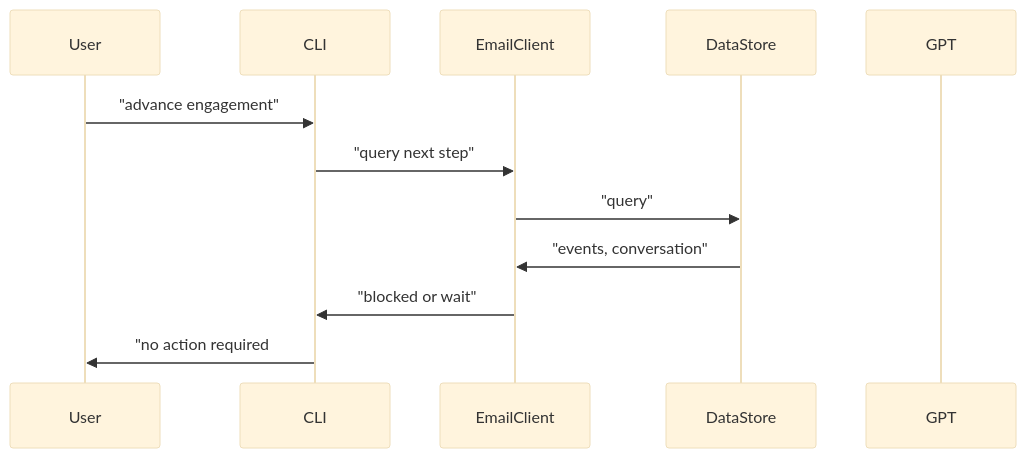
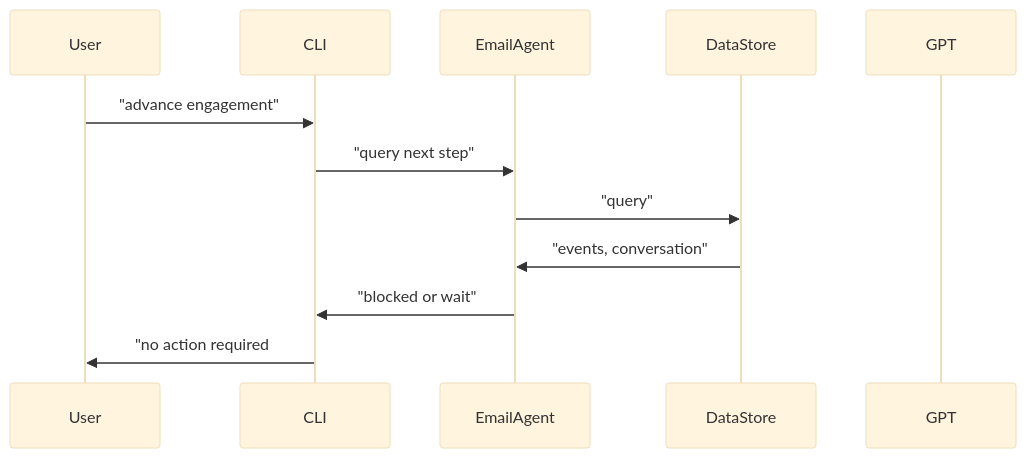
The second of 3 diagrams in README.md (alexpotashnik/email-agent), drawn with Mermaid (base theme) before and after one commit. The commit also changed other lines of this file, not shown here.

````diff
--- a/README.md
+++ b/README.md
@@ -66,16 +66,16 @@
 ```mermaid
 sequenceDiagram
   participant User
   participant CLI
-  participant EmailClient
+  participant EmailAgent
   participant DataStore
   participant GPT
 
   User->>CLI: "advance engagement"
-  CLI->>EmailClient: "query next step"
-  EmailClient->>DataStore: "query"
-  DataStore->>EmailClient: "events, conversation"
-  EmailClient->>CLI: "blocked or wait"
+  CLI->>EmailAgent: "query next step"
+  EmailAgent->>DataStore: "query"
+  DataStore->>EmailAgent: "events, conversation"
+  EmailAgent->>CLI: "blocked or wait"
   CLI->>User: "no action required      
   
 ```
````
